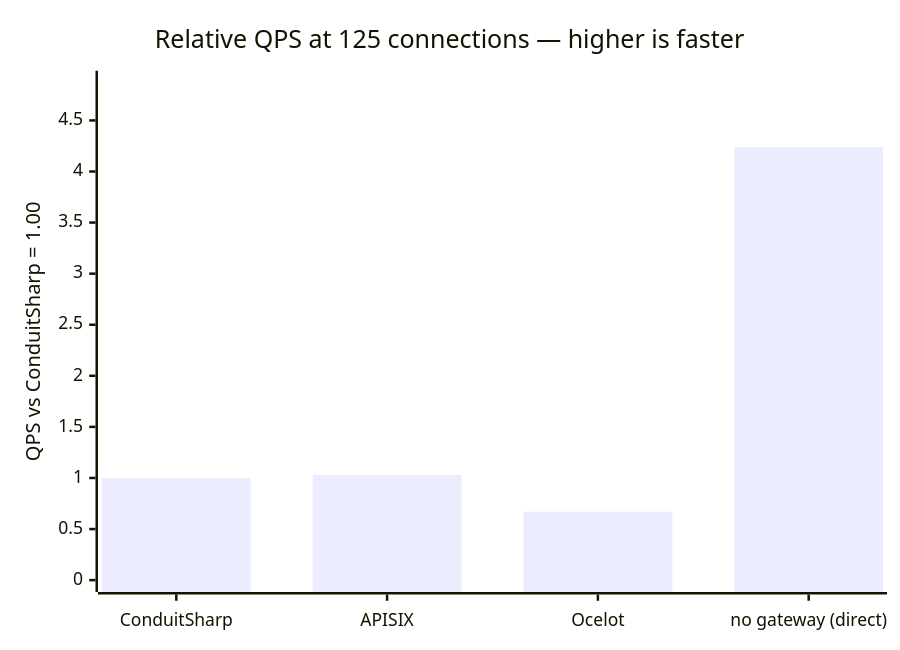
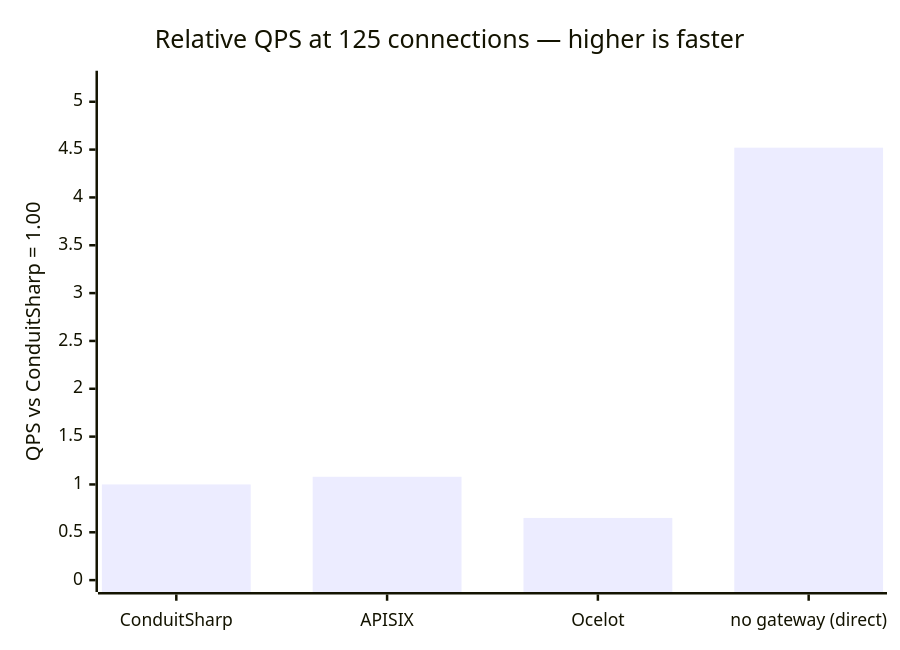
The first of 8 diagrams in README.md (liqngliz/ConduitSharp), drawn with Mermaid before and after one commit. The commit also changed other lines of this file and 1 other file, not shown here.

````diff
--- a/README.md
+++ b/README.md
@@ -59,7 +59,7 @@
 ```mermaid
 xychart-beta
     title "Relative QPS at 125 connections — higher is faster"
     x-axis ["ConduitSharp", "APISIX", "Ocelot", "no gateway (direct)"]
-    y-axis "QPS vs ConduitSharp = 1.00" 0 --> 4.87
-    bar [1.00, 1.03, 0.67, 4.24]
+    y-axis "QPS vs ConduitSharp = 1.00" 0 --> 5.20
+    bar [1.00, 1.08, 0.65, 4.52]
 ```
````
